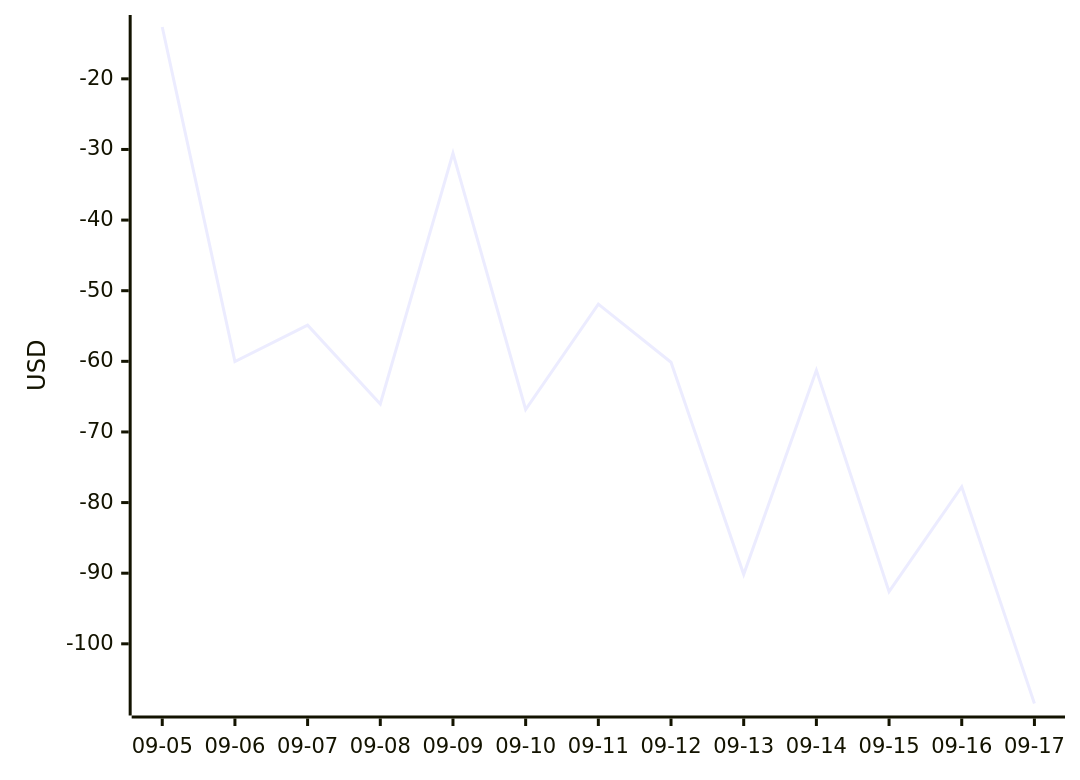
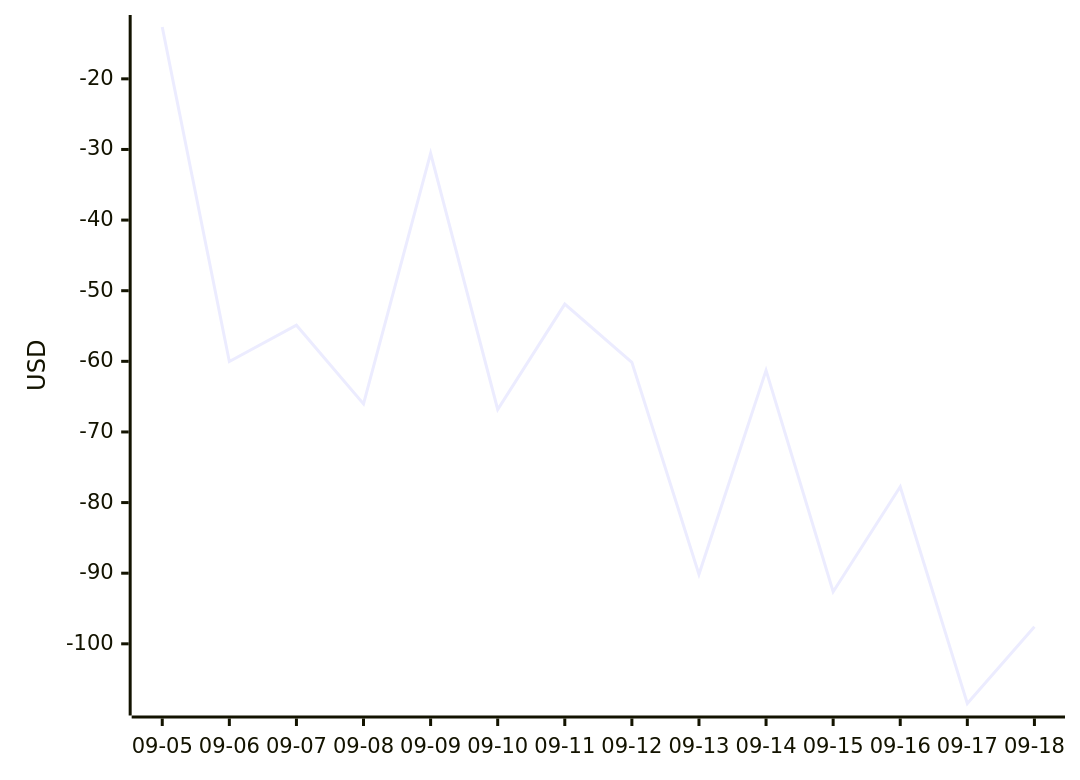
The diagram in DASHBOARD.md (aryanvaid2108/prediction-trading), drawn with Mermaid before and after one commit. The commit also changed other lines of this file and 6 other files, not shown here.

````diff
--- a/DASHBOARD.md
+++ b/DASHBOARD.md
@@ -65,6 +65,6 @@
 ```mermaid
 xychart-beta
-  x-axis ["09-05", "09-06", "09-07", "09-08", "09-09", "09-10", "09-11", "09-12", "09-13", "09-14", "09-15", "09-16", "09-17"]
+  x-axis ["09-05", "09-06", "09-07", "09-08", "09-09", "09-10", "09-11", "09-12", "09-13", "09-14", "09-15", "09-16", "09-17", "09-18"]
   y-axis "USD"
-  line [-12.66, -60.03, -54.88, -66.03, -30.54, -66.82, -51.90, -60.13, -90.16, -61.28, -92.62, -77.76, -108.45]
+  line [-12.66, -60.03, -54.88, -66.03, -30.54, -66.82, -51.90, -60.13, -90.16, -61.28, -92.62, -77.76, -108.45, -97.57]
 ```
````
